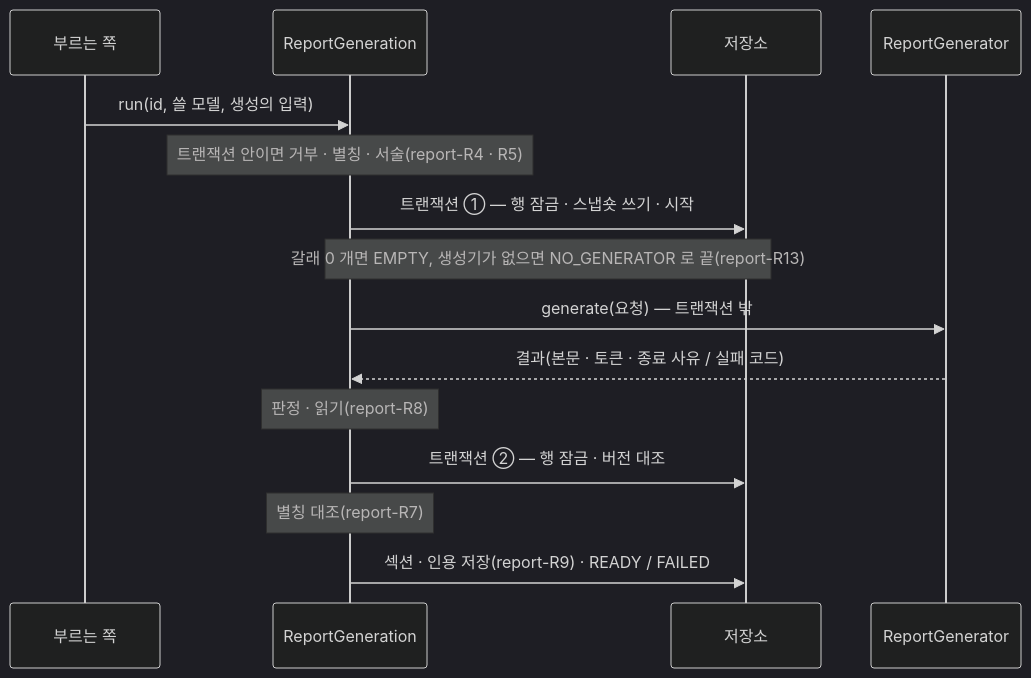
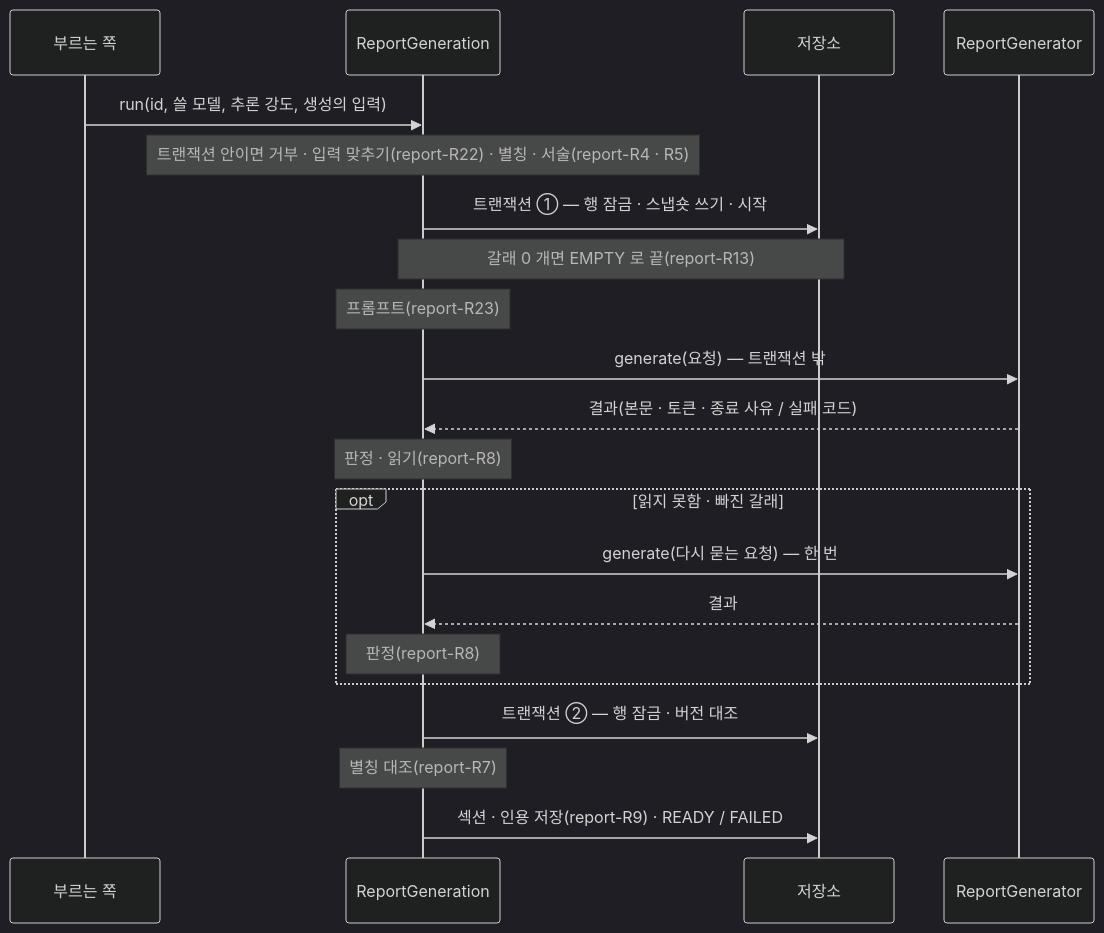
The diagram in docs/specs/report.md (Theia0382/yozm-news), drawn with Mermaid (dark theme) before and after one commit. The commit also changed other lines of this file and 18 other files, not shown here.

First line of the commit message:
docs: 리포트 프롬프트 · 입력 맞추기 · 실제 생성기의 Spec 과 ADR 넷

````diff
--- a/docs/specs/report.md
+++ b/docs/specs/report.md
@@ -144,17 +158,23 @@
 ```mermaid
 sequenceDiagram
     participant U as 부르는 쪽
     participant G as ReportGeneration
     participant DB as 저장소
     participant X as ReportGenerator
-    U->>G: run(id, 쓸 모델, 생성의 입력)
-    Note over G: 트랜잭션 안이면 거부 · 별칭 · 서술(report-R4 · R5)
+    U->>G: run(id, 쓸 모델, 추론 강도, 생성의 입력)
+    Note over G: 트랜잭션 안이면 거부 · 입력 맞추기(report-R22) · 별칭 · 서술(report-R4 · R5)
     G->>DB: 트랜잭션 ① — 행 잠금 · 스냅숏 쓰기 · 시작
-    Note over G,DB: 갈래 0 개면 EMPTY, 생성기가 없으면 NO_GENERATOR 로 끝(report-R13)
+    Note over G,DB: 갈래 0 개면 EMPTY 로 끝(report-R13)
+    Note over G: 프롬프트(report-R23)
     G->>X: generate(요청) — 트랜잭션 밖
     X-->>G: 결과(본문 · 토큰 · 종료 사유 / 실패 코드)
     Note over G: 판정 · 읽기(report-R8)
+    opt 읽지 못함 · 빠진 갈래
+        G->>X: generate(다시 묻는 요청) — 한 번
+        X-->>G: 결과
+        Note over G: 판정(report-R8)
+    end
     G->>DB: 트랜잭션 ② — 행 잠금 · 버전 대조
     Note over G: 별칭 대조(report-R7)
     G->>DB: 섹션 · 인용 저장(report-R9) · READY / FAILED
 ```
````
